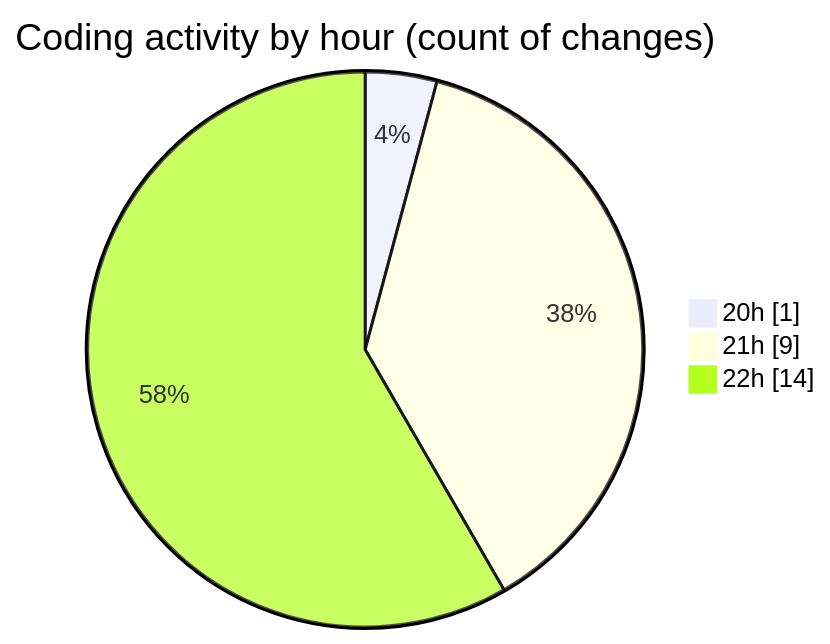
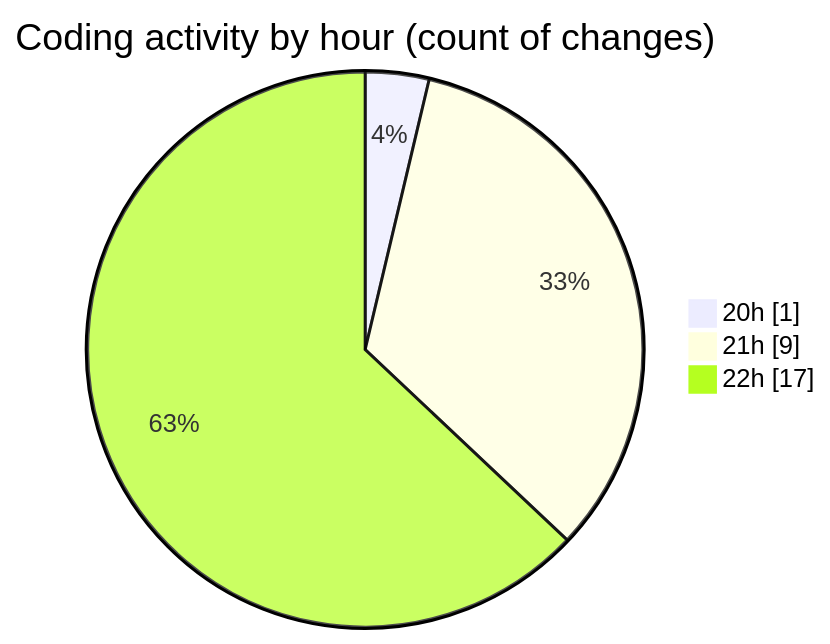
Before and after one commit to jadenblack/code-tracking: the second of 2 diagrams in 2026-02-26/shadcn-admin-kit-main__workspace_/README.md, drawn with Mermaid. The commit also changed other lines of this file and 1 other file, not shown here.

````diff
--- a/2026-02-26/shadcn-admin-kit-main__workspace_/README.md
+++ b/2026-02-26/shadcn-admin-kit-main__workspace_/README.md
@@ -31,7 +31,7 @@
 ```mermaid
 pie showData
 title Coding activity by hour (count of changes)
 "20h" : 1
 "21h" : 9
-"22h" : 14
+"22h" : 17
 ```
````
